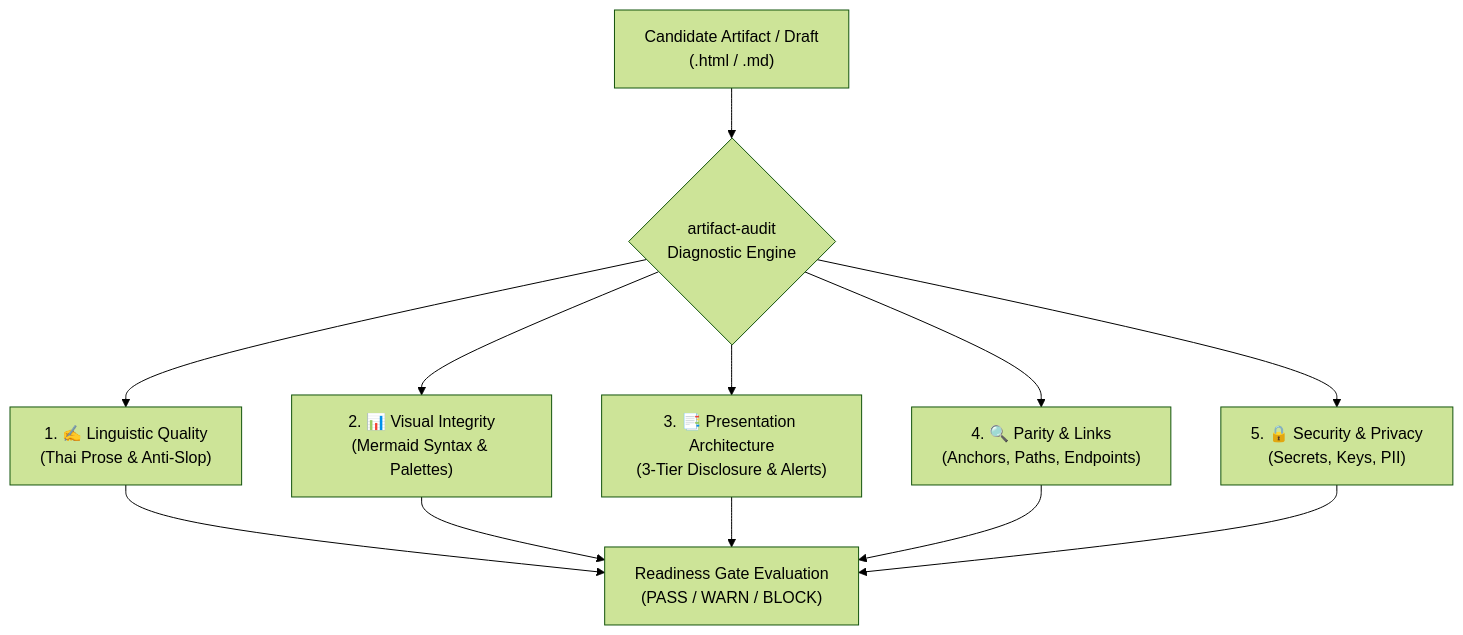
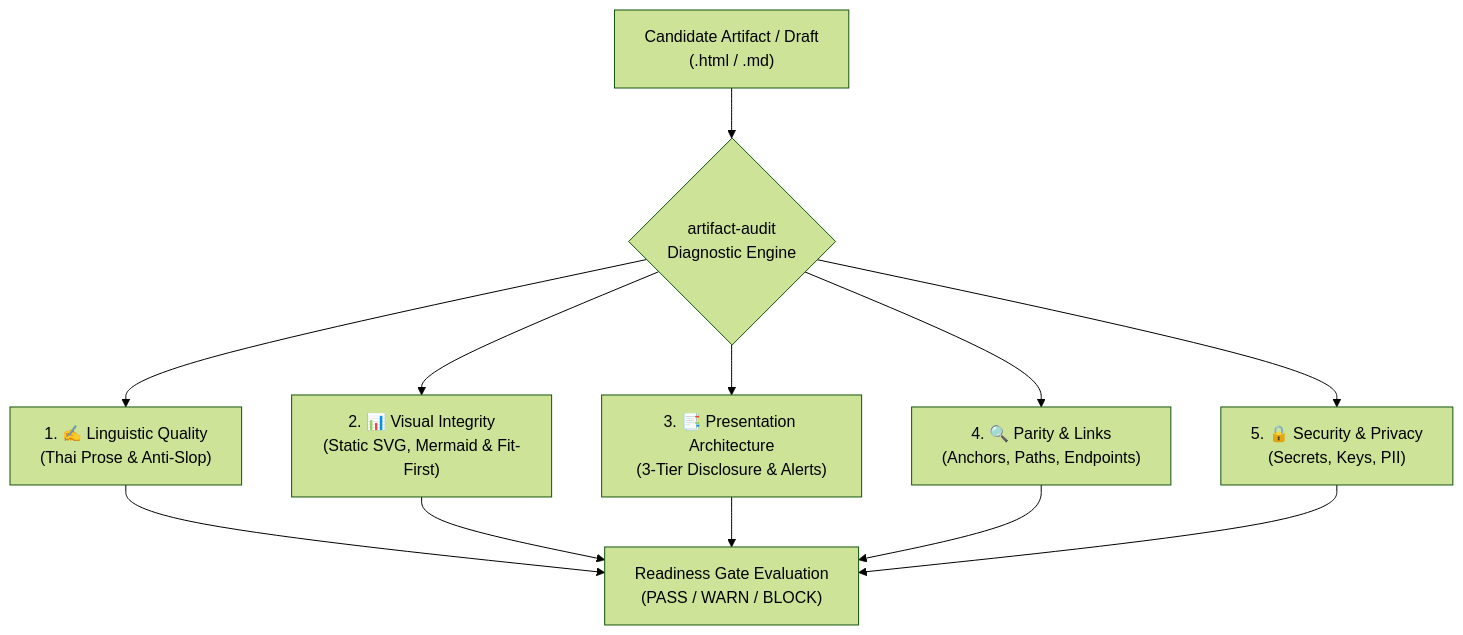
Before and after one commit to iicmaster/artifact-sftp: the diagram in skills/artifact-audit/SKILL.md, drawn with Mermaid (forest theme). The commit also changed other lines of this file and 12 other files, not shown here.

First line of the commit message:
feat(release): v0.18.0 — diagram ergonomics, fit-first layout, and static SVG delivery

````diff
--- a/skills/artifact-audit/SKILL.md
+++ b/skills/artifact-audit/SKILL.md
@@ -26,16 +26,16 @@
 ```mermaid
 flowchart TD
     Doc["Candidate Artifact / Draft\n(.html / .md)"] --> Audit{"artifact-audit\nDiagnostic Engine"}
     
     Audit --> D1["1. ✍️ Linguistic Quality\n(Thai Prose & Anti-Slop)"]
-    Audit --> D2["2. 📊 Visual Integrity\n(Mermaid Syntax & Palettes)"]
+    Audit --> D2["2. 📊 Visual Integrity\n(Static SVG, Mermaid & Fit-First)"]
     Audit --> D3["3. 📑 Presentation Architecture\n(3-Tier Disclosure & Alerts)"]
     Audit --> D4["4. 🔍 Parity & Links\n(Anchors, Paths, Endpoints)"]
     Audit --> D5["5. 🔒 Security & Privacy\n(Secrets, Keys, PII)"]
 
     D1 --> Gate["Readiness Gate Evaluation\n(PASS / WARN / BLOCK)"]
     D2 --> Gate
     D3 --> Gate
     D4 --> Gate
     D5 --> Gate
 ```
````
